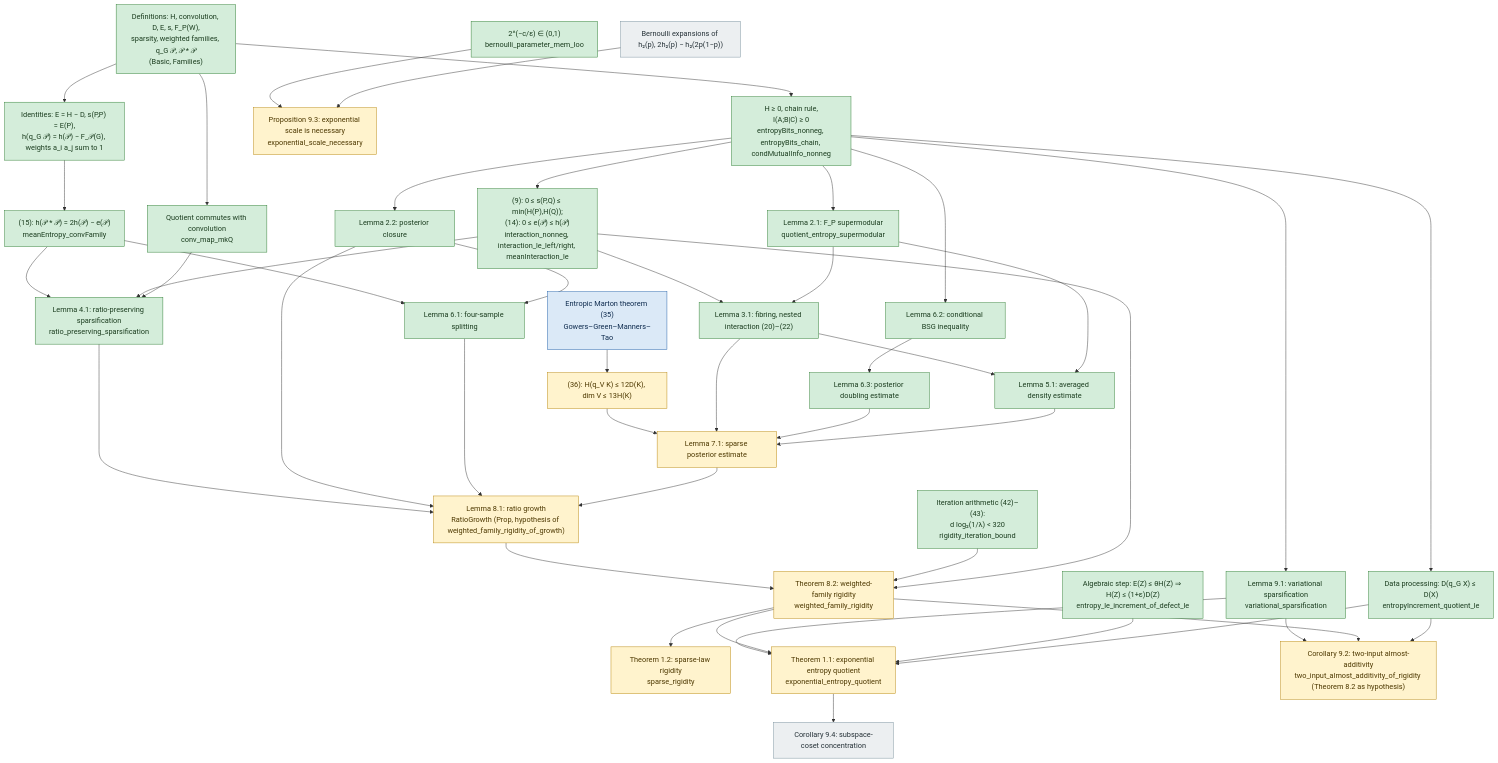
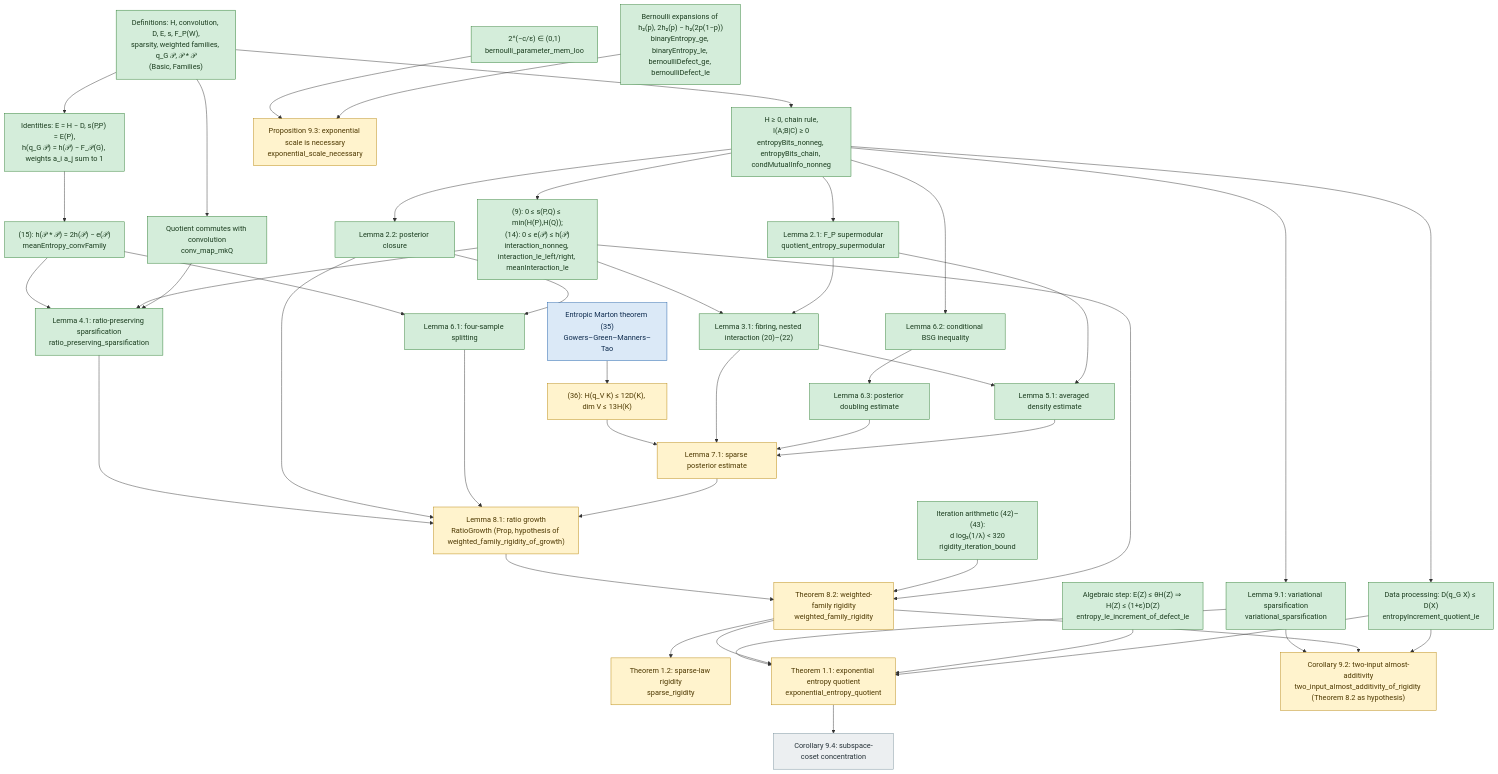
One commit to JosiahPark/entropy-quotients-lean changed the diagram in docs/DEPENDENCIES.md. Above: the diagram before and after it, drawn with Mermaid.

Commit message:
formalize: E2 mark BEXP (Bernoulli expansions) proved in DEPENDENCIES.md (CI green at 323be41)

```diff
--- a/docs/DEPENDENCIES.md
+++ b/docs/DEPENDENCIES.md
@@ -54,7 +54,7 @@
   L91["Lemma 9.1: variational sparsification<br/>variational_sparsification"]:::proved
   T11["Theorem 1.1: exponential entropy quotient<br/>exponential_entropy_quotient"]:::stated
   C92["Corollary 9.2: two-input almost-additivity<br/>two_input_almost_additivity_of_rigidity (Theorem 8.2 as hypothesis)"]:::stated
-  BEXP["Bernoulli expansions of h₂(p), 2h₂(p) − h₂(2p(1−p))"]:::missing
+  BEXP["Bernoulli expansions of h₂(p), 2h₂(p) − h₂(2p(1−p))<br/>binaryEntropy_ge, binaryEntropy_le, bernoulliDefect_ge, bernoulliDefect_le"]:::proved
   P93["Proposition 9.3: exponential scale is necessary<br/>exponential_scale_necessary"]:::stated
   C94["Corollary 9.4: subspace-coset concentration"]:::missing
 
```
